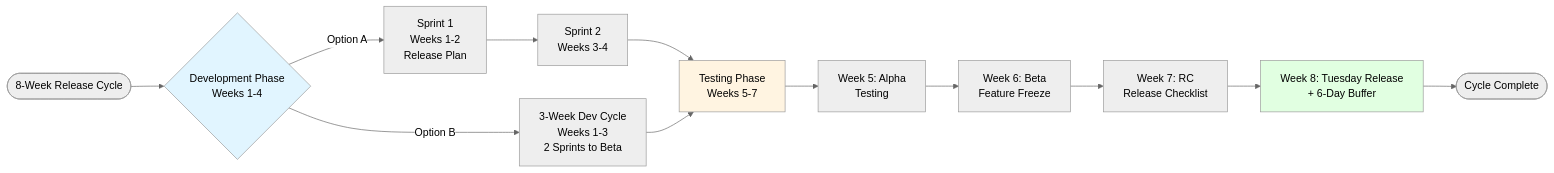
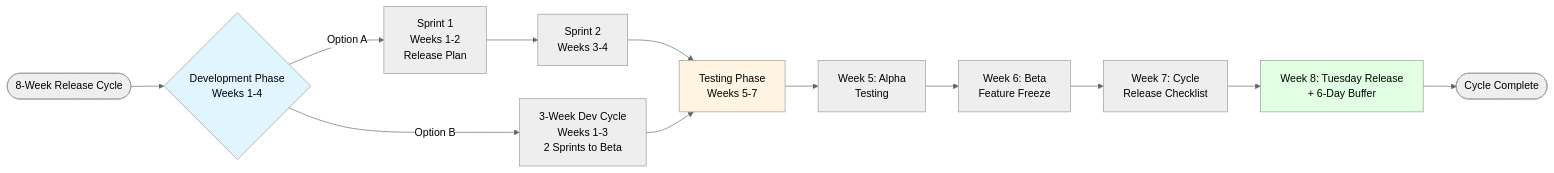
The second of 2 diagrams in process/release-calendar.md (fairpm/tsc), drawn with Mermaid before and after one commit. The commit also changed other lines of this file, not shown here.

First line of the commit message:
Update release calendar and terminology

````diff
--- a/process/release-calendar.md
+++ b/process/release-calendar.md
@@ -45,24 +45,24 @@
 ```mermaid
 %%{init: {'theme':'neutral'}}%%
 flowchart LR
     Start([8-Week Release Cycle]) --> Dev{Development Phase<br/>Weeks 1-4}
     
     Dev -->|Option A| S1[Sprint 1<br/>Weeks 1-2<br/>Release Plan]
     S1 --> S2[Sprint 2<br/>Weeks 3-4]
     
     Dev -->|Option B| Alt[3-Week Dev Cycle<br/>Weeks 1-3<br/>2 Sprints to Beta]
     
     S2 --> Test[Testing Phase<br/>Weeks 5-7]
     Alt --> Test
     
     Test --> Alpha[Week 5: Alpha<br/>Testing]
     Alpha --> Beta[Week 6: Beta<br/>Feature Freeze]
-    Beta --> RC[Week 7: RC<br/>Release Checklist]
+    Beta --> Cycle[Week 7: Cycle<br/>Release Checklist]
     
-    RC --> Release[Week 8: Tuesday Release<br/>+ 6-Day Buffer]
+    Cycle --> Release[Week 8: Tuesday Release<br/>+ 6-Day Buffer]
     Release --> End([Cycle Complete])
     
     style Dev fill:#e1f5ff
     style Test fill:#fff4e1
     style Release fill:#e1ffe1
 ```
````
